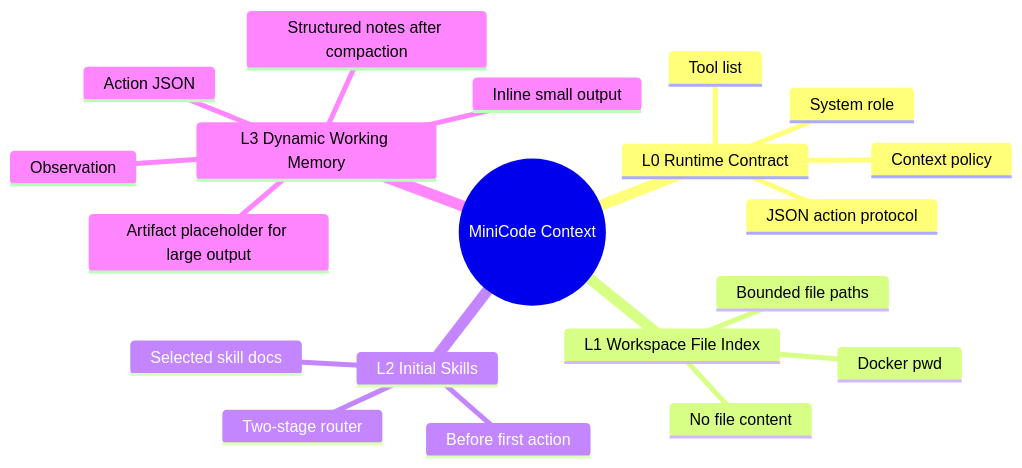
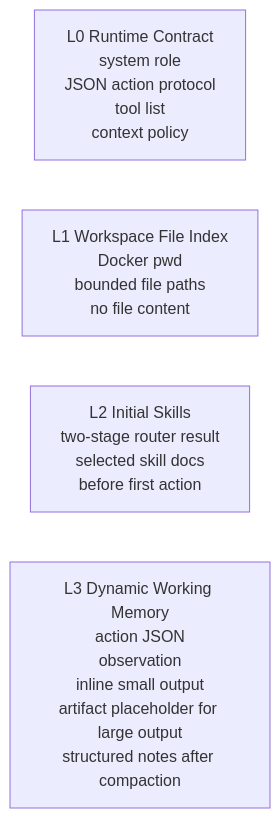
The fifth of 5 diagrams in README.md (Cachuela11/MiniCode), drawn with Mermaid before and after one commit.

Commit message:
update context

````diff
--- a/README.md
+++ b/README.md
@@ -190,23 +190,7 @@
 ```mermaid
-mindmap
-  root((MiniCode Context))
-    L0 Runtime Contract
-      System role
-      JSON action protocol
-      Tool list
-      Context policy
-    L1 Workspace File Index
-      Docker pwd
-      Bounded file paths
-      No file content
-    L2 Initial Skills
-      Two-stage router
-      Selected skill docs
-      Before first action
-    L3 Dynamic Working Memory
-      Action JSON
-      Observation
-      Inline small output
-      Artifact placeholder for large output
-      Structured notes after compaction
+flowchart LR
+    L0[L0 Runtime Contract<br/>system role<br/>JSON action protocol<br/>tool list<br/>context policy]
+    L1[L1 Workspace File Index<br/>Docker pwd<br/>bounded file paths<br/>no file content]
+    L2[L2 Initial Skills<br/>two-stage router result<br/>selected skill docs<br/>before first action]
+    L3[L3 Dynamic Working Memory<br/>action JSON<br/>observation<br/>inline small output<br/>artifact placeholder for large output<br/>structured notes after compaction]
 ```
````
